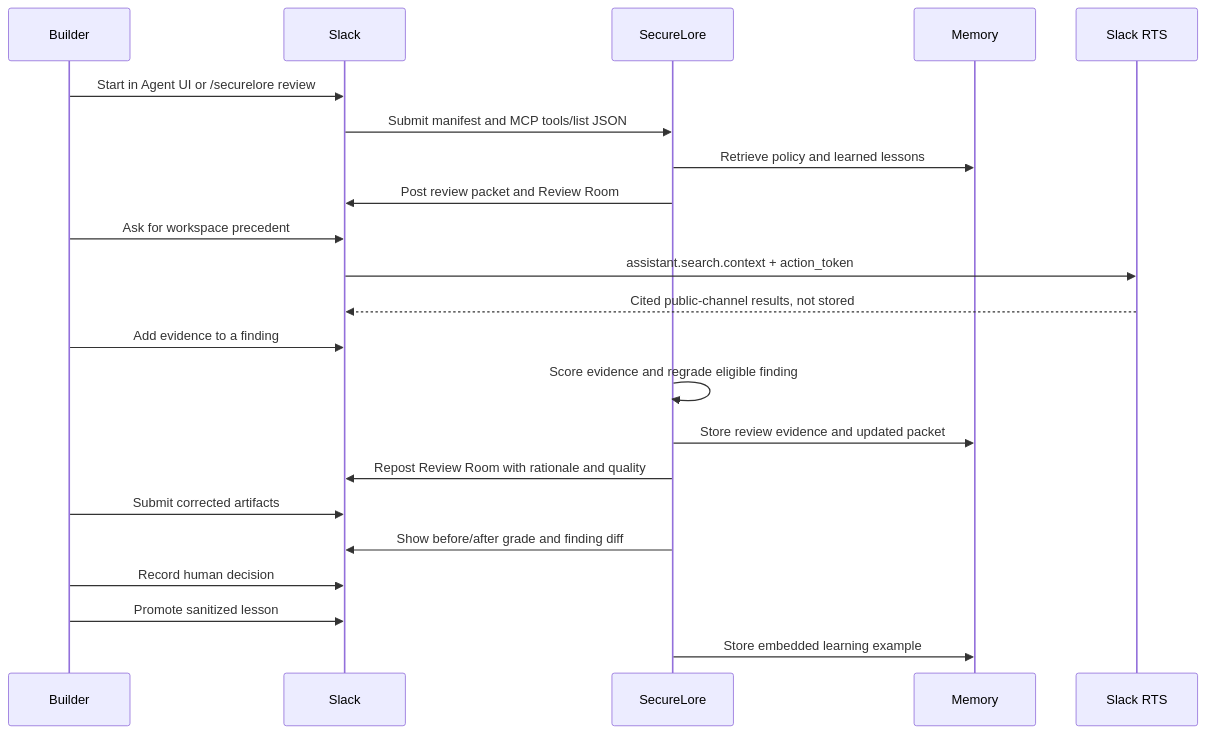
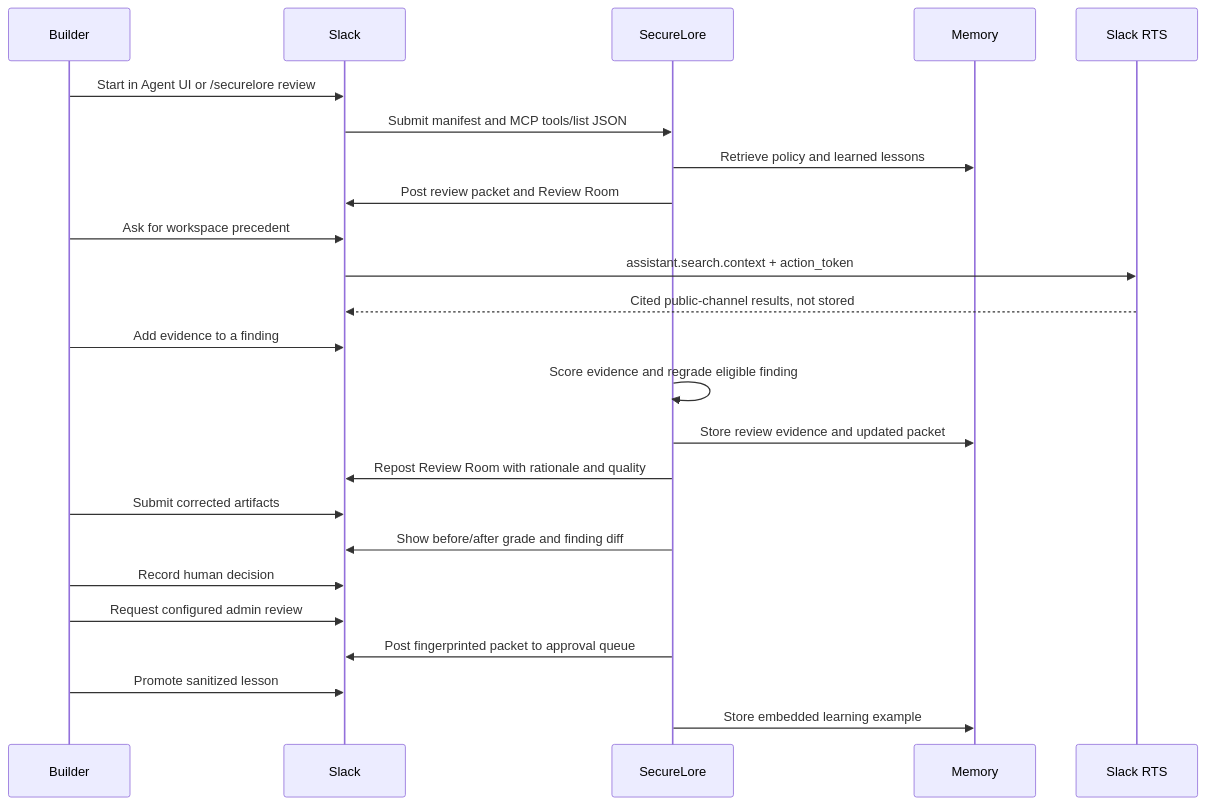
One commit to N-45div/SecureLore changed the third of 3 diagrams in README.md. Above: the diagram before and after it, drawn with Mermaid. The commit also changed other lines of this file and 5 other files, not shown here.

````diff
--- a/README.md
+++ b/README.md
@@ -91,25 +99,27 @@
 ```mermaid
 sequenceDiagram
   participant B as Builder
   participant S as Slack
   participant A as SecureLore
   participant M as Memory
   participant R as Slack RTS
 
   B->>S: Start in Agent UI or /securelore review
   S->>A: Submit manifest and MCP tools/list JSON
   A->>M: Retrieve policy and learned lessons
   A->>S: Post review packet and Review Room
   B->>S: Ask for workspace precedent
   S->>R: assistant.search.context + action_token
   R-->>S: Cited public-channel results, not stored
   B->>S: Add evidence to a finding
   A->>A: Score evidence and regrade eligible finding
   A->>M: Store review evidence and updated packet
   A->>S: Repost Review Room with rationale and quality
   B->>S: Submit corrected artifacts
   A->>S: Show before/after grade and finding diff
   B->>S: Record human decision
+  B->>S: Request configured admin review
+  A->>S: Post fingerprinted packet to approval queue
   B->>S: Promote sanitized lesson
   A->>M: Store embedded learning example
 ```
````
